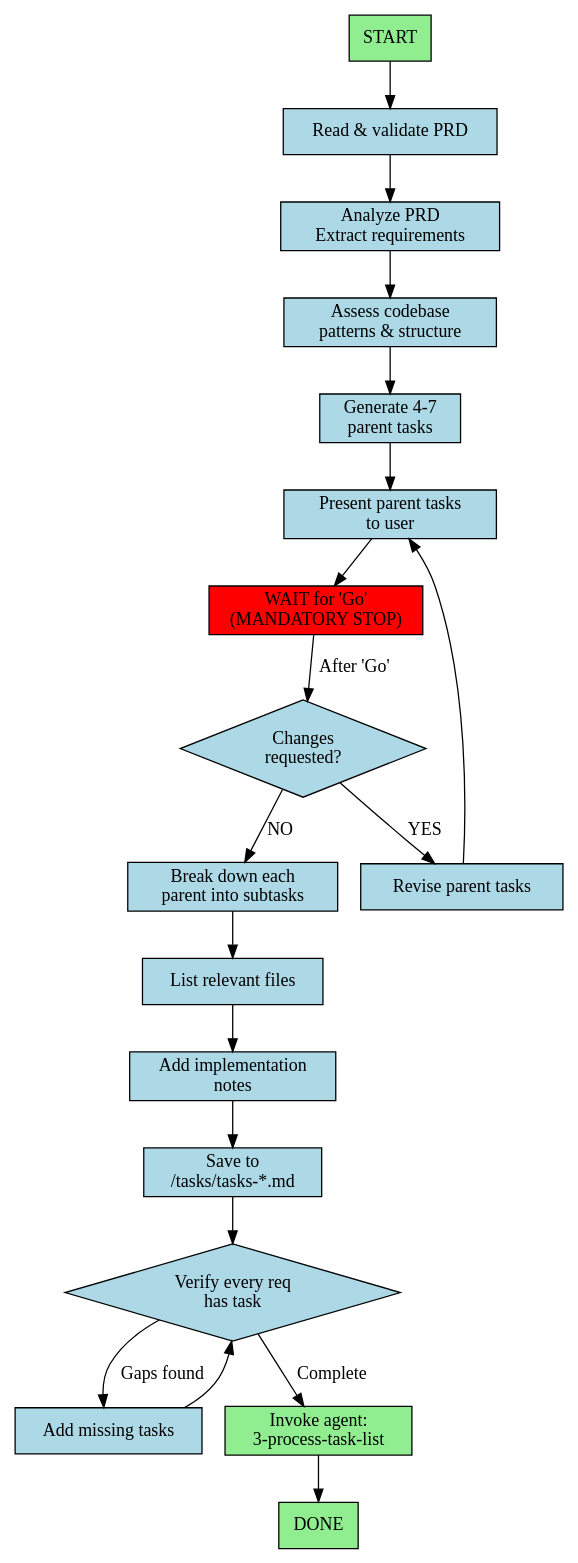
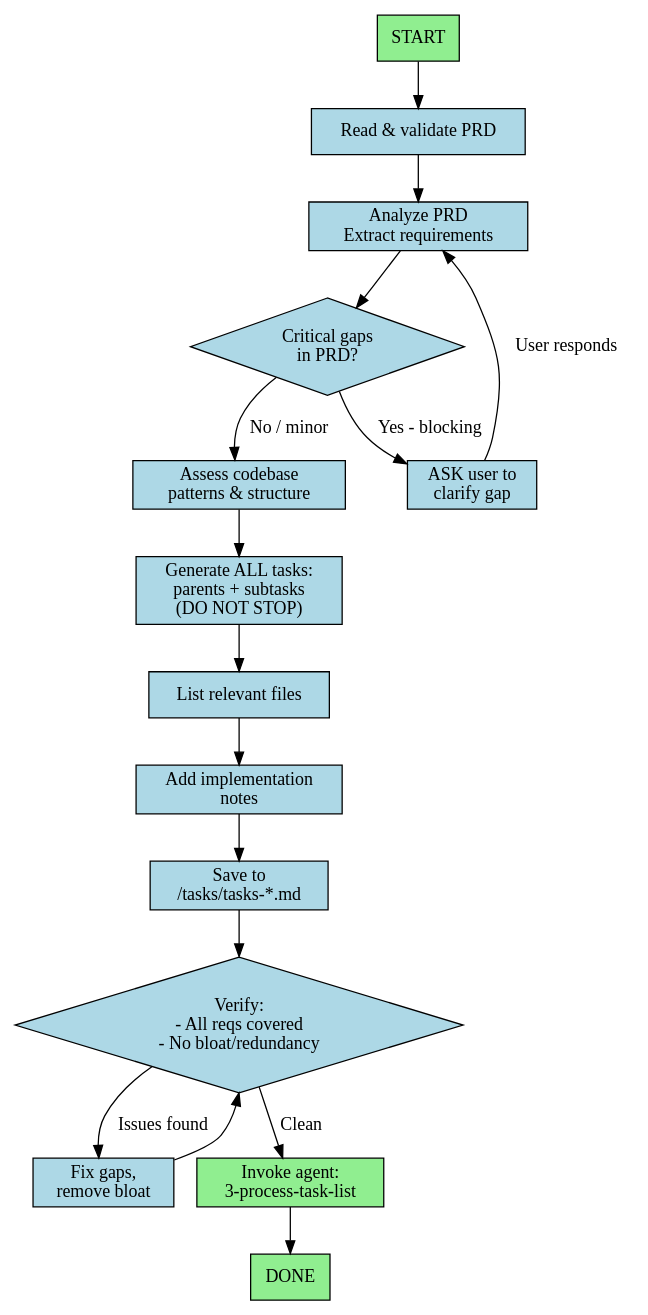
Before and after one commit to amrhas82/agentic-toolkit: the diagram in ai/subagentic/claude/agents/2-generate-tasks.md, drawn with Graphviz. The commit also changed other lines of this file and 64 other files, not shown here.

````diff
--- a/ai/subagentic/claude/agents/2-generate-tasks.md
+++ b/ai/subagentic/claude/agents/2-generate-tasks.md
@@ -13,43 +19,37 @@
 ```dot
 digraph GenerateTasks {
   rankdir=TB;
   node [shape=box, style=filled, fillcolor=lightblue];
 
   start [label="START", fillcolor=lightgreen];
   read_prd [label="Read & validate PRD"];
   analyze [label="Analyze PRD\nExtract requirements"];
+  check_gaps [label="Critical gaps\nin PRD?", shape=diamond];
+  ask_user [label="ASK user to\nclarify gap"];
   assess_codebase [label="Assess codebase\npatterns & structure"];
-  generate_parents [label="Generate 4-7\nparent tasks"];
-  present [label="Present parent tasks\nto user"];
-  wait_go [label="WAIT for 'Go'\n(MANDATORY STOP)", fillcolor=red];
-  changes [label="Changes\nrequested?", shape=diamond];
-  revise [label="Revise parent tasks"];
-  break_down [label="Break down each\nparent into subtasks"];
+  generate_all [label="Generate ALL tasks:\nparents + subtasks\n(DO NOT STOP)"];
   list_files [label="List relevant files"];
   add_notes [label="Add implementation\nnotes"];
   save [label="Save to\n/tasks/tasks-*.md"];
-  self_verify [label="Verify every req\nhas task", shape=diamond];
-  add_missing [label="Add missing tasks"];
+  self_verify [label="Verify:\n- All reqs covered\n- No bloat/redundancy", shape=diamond];
+  fix_issues [label="Fix gaps,\nremove bloat"];
   invoke_next [label="Invoke agent:\n3-process-task-list", fillcolor=lightgreen];
   done [label="DONE", fillcolor=lightgreen];
 
   start -> read_prd;
   read_prd -> analyze;
-  analyze -> assess_codebase;
-  assess_codebase -> generate_parents;
-  generate_parents -> present;
-  present -> wait_go;
-  wait_go -> changes [label="After 'Go'"];
-  changes -> revise [label="YES"];
-  changes -> break_down [label="NO"];
-  revise -> present;
-  break_down -> list_files;
+  analyze -> check_gaps;
+  check_gaps -> ask_user [label="Yes - blocking"];
+  check_gaps -> assess_codebase [label="No / minor"];
+  ask_user -> analyze [label="User responds"];
+  assess_codebase -> generate_all;
+  generate_all -> list_files;
   list_files -> add_notes;
   add_notes -> save;
   save -> self_verify;
-  self_verify -> add_missing [label="Gaps found"];
-  self_verify -> invoke_next [label="Complete"];
-  add_missing -> self_verify;
+  self_verify -> fix_issues [label="Issues found"];
+  self_verify -> invoke_next [label="Clean"];
+  fix_issues -> self_verify;
   invoke_next -> done;
 }
 ```
````
